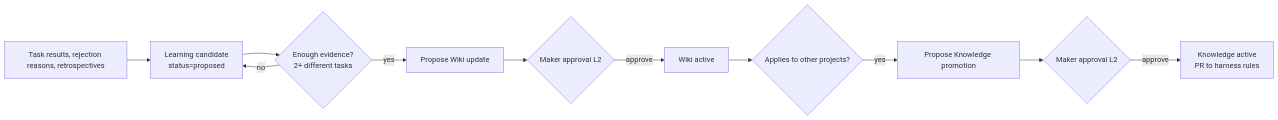
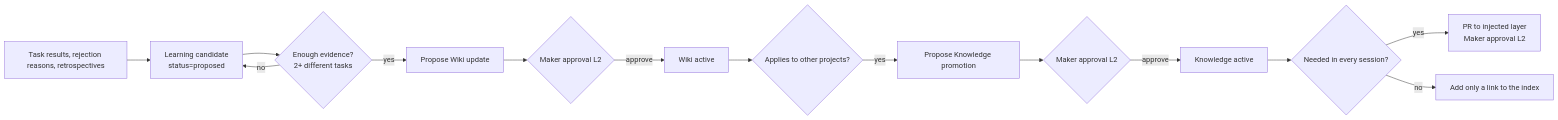
The tenth of 14 diagrams in plan-draft.en.md (ysjee141/flywheel), drawn with Mermaid before and after one commit. The commit also changed other lines of this file and 1 other file, not shown here.

````diff
--- a/plan-draft.en.md
+++ b/plan-draft.en.md
@@ -544,13 +571,16 @@
 ```mermaid
 flowchart LR
   A[Task results, rejection reasons, retrospectives] --> B[Learning candidate<br/>status=proposed]
   B --> C{Enough evidence?<br/>2+ different tasks}
   C -->|no| B
   C -->|yes| D[Propose Wiki update]
   D --> E{Maker approval L2}
   E -->|approve| F[Wiki active]
   F --> G{Applies to other projects?}
   G -->|yes| H[Propose Knowledge promotion]
   H --> I{Maker approval L2}
-  I -->|approve| J[Knowledge active<br/>PR to harness rules]
+  I -->|approve| J[Knowledge active]
+  J --> K{Needed in every session?}
+  K -->|yes| L[PR to injected layer<br/>Maker approval L2]
+  K -->|no| M[Add only a link to the index]
 ```
````
